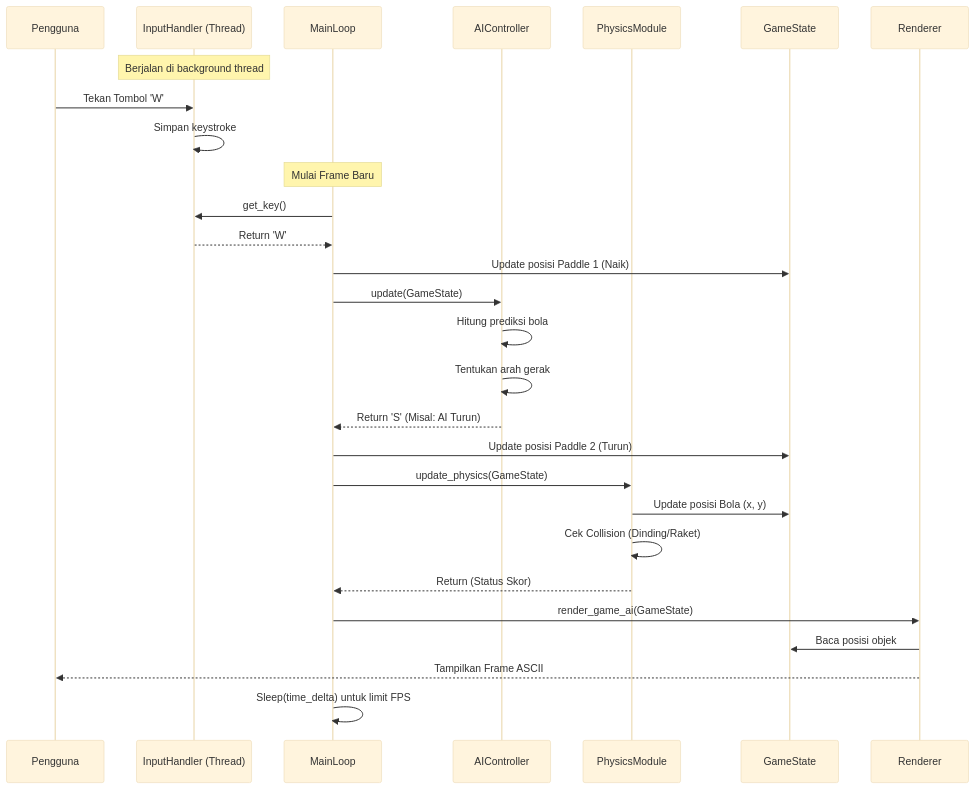
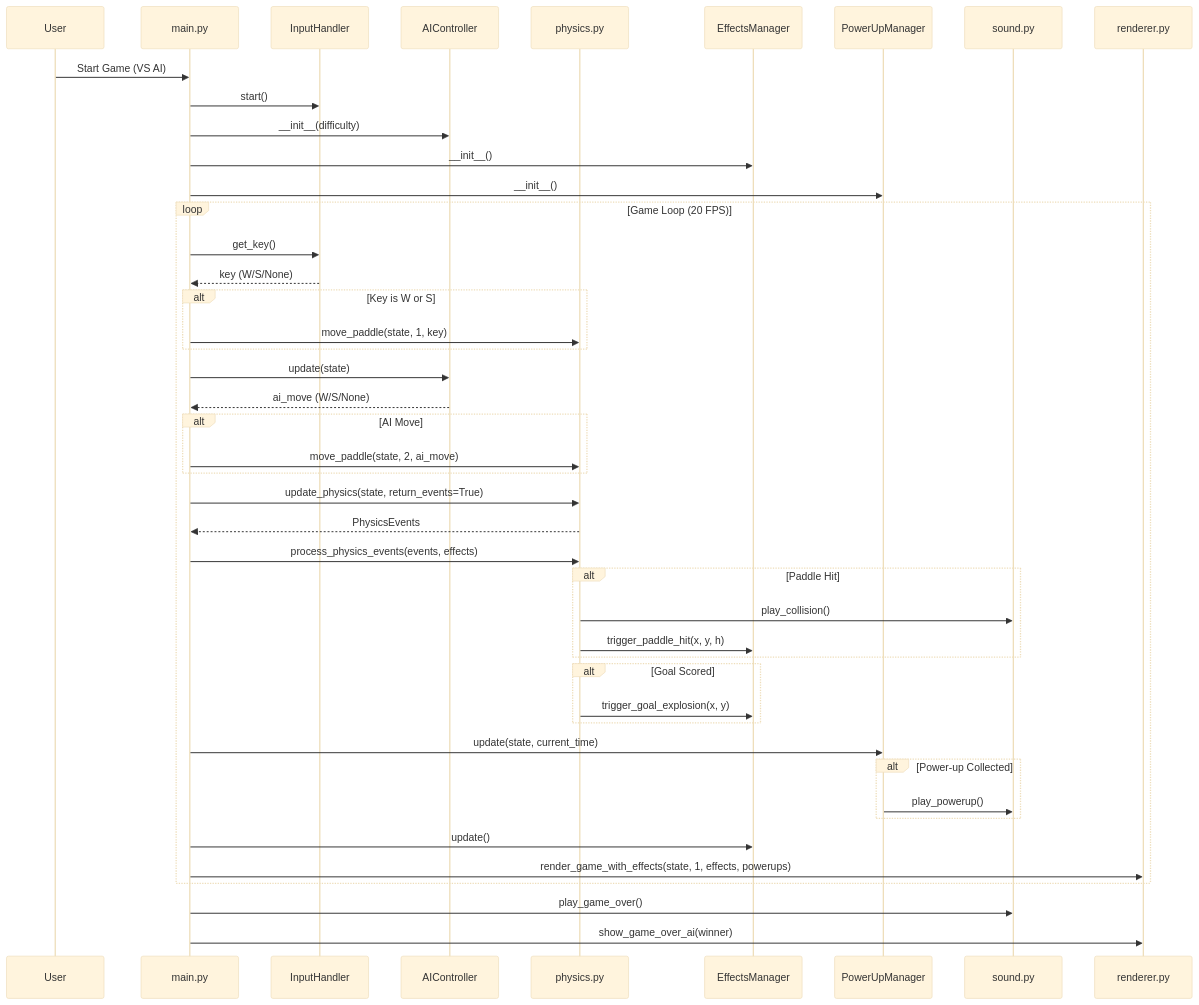
The first of 4 diagrams in docs/diagrams/SEQUENCE_DIAGRAM.md (ditverse/ascii-game-python), drawn with Mermaid (base theme) before and after one commit. The commit also changed other lines of this file and 3 other files, not shown here.

Commit message:
update diagram

````diff
--- a/docs/diagrams/SEQUENCE_DIAGRAM.md
+++ b/docs/diagrams/SEQUENCE_DIAGRAM.md
@@ -10,37 +7,60 @@
 ```mermaid
 sequenceDiagram
-    participant User as Pengguna
-    participant Input as InputHandler (Thread)
-    participant Main as MainLoop
+    participant User
+    participant Main as main.py
+    participant Input as InputHandler
     participant AI as AIController
-    participant Physics as PhysicsModule
-    participant State as GameState
-    participant Render as Renderer
-
-    Note over Input: Berjalan di background thread
-    User->>Input: Tekan Tombol 'W'
-    Input->>Input: Simpan keystroke
-
-    Note over Main: Mulai Frame Baru
-    Main->>Input: get_key()
-    Input-->>Main: Return 'W'
+    participant Physics as physics.py
+    participant Effects as EffectsManager
+    participant PowerUps as PowerUpManager
+    participant Sound as sound.py
+    participant Renderer as renderer.py
     
-    Main->>State: Update posisi Paddle 1 (Naik)
+    User->>Main: Start Game (VS AI)
+    Main->>Input: start()
+    Main->>AI: __init__(difficulty)
+    Main->>Effects: __init__()
+    Main->>PowerUps: __init__()
     
-    Main->>AI: update(GameState)
-    AI->>AI: Hitung prediksi bola
-    AI->>AI: Tentukan arah gerak
-    AI-->>Main: Return 'S' (Misal: AI Turun)
-    Main->>State: Update posisi Paddle 2 (Turun)
+    loop Game Loop (20 FPS)
+        Main->>Input: get_key()
+        Input-->>Main: key (W/S/None)
+        
+        alt Key is W or S
+            Main->>Physics: move_paddle(state, 1, key)
+        end
+        
+        Main->>AI: update(state)
+        AI-->>Main: ai_move (W/S/None)
+        
+        alt AI Move
+            Main->>Physics: move_paddle(state, 2, ai_move)
+        end
+        
+        Main->>Physics: update_physics(state, return_events=True)
+        Physics-->>Main: PhysicsEvents
+        
+        Main->>Physics: process_physics_events(events, effects)
+        
+        alt Paddle Hit
+            Physics->>Sound: play_collision()
+            Physics->>Effects: trigger_paddle_hit(x, y, h)
+        end
+        
+        alt Goal Scored
+            Physics->>Effects: trigger_goal_explosion(x, y)
+        end
+        
+        Main->>PowerUps: update(state, current_time)
+        
+        alt Power-up Collected
+            PowerUps->>Sound: play_powerup()
+        end
+        
+        Main->>Effects: update()
+        Main->>Renderer: render_game_with_effects(state, 1, effects, powerups)
+    end
     
-    Main->>Physics: update_physics(GameState)
-    Physics->>State: Update posisi Bola (x, y)
-    Physics->>Physics: Cek Collision (Dinding/Raket)
-    Physics-->>Main: Return (Status Skor)
-    
-    Main->>Render: render_game_ai(GameState)
-    Render->>State: Baca posisi objek
-    Render-->>User: Tampilkan Frame ASCII
-    
-    Main->>Main: Sleep(time_delta) untuk limit FPS
+    Main->>Sound: play_game_over()
+    Main->>Renderer: show_game_over_ai(winner)
 ```
````
